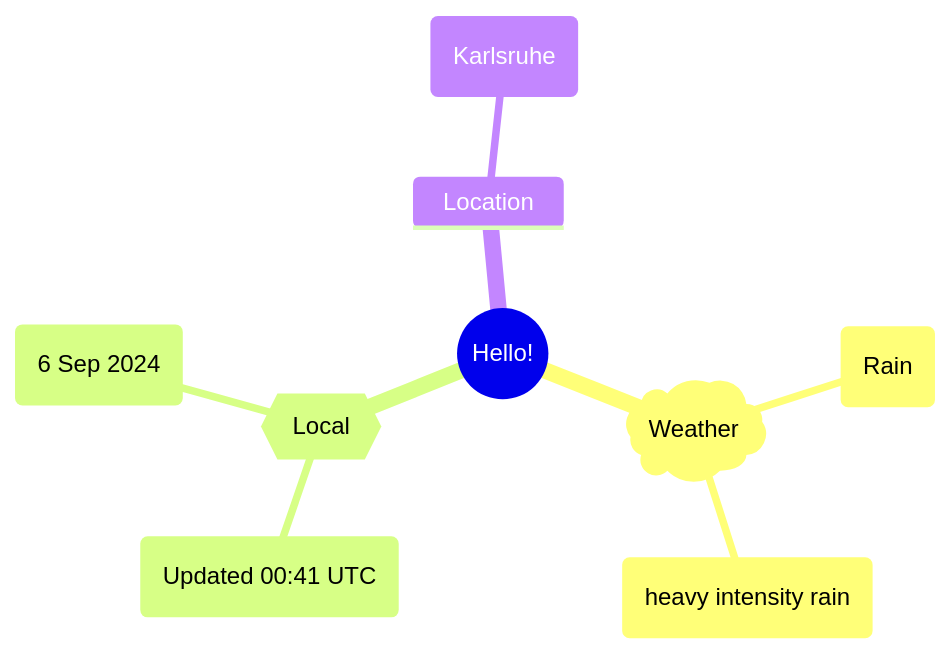
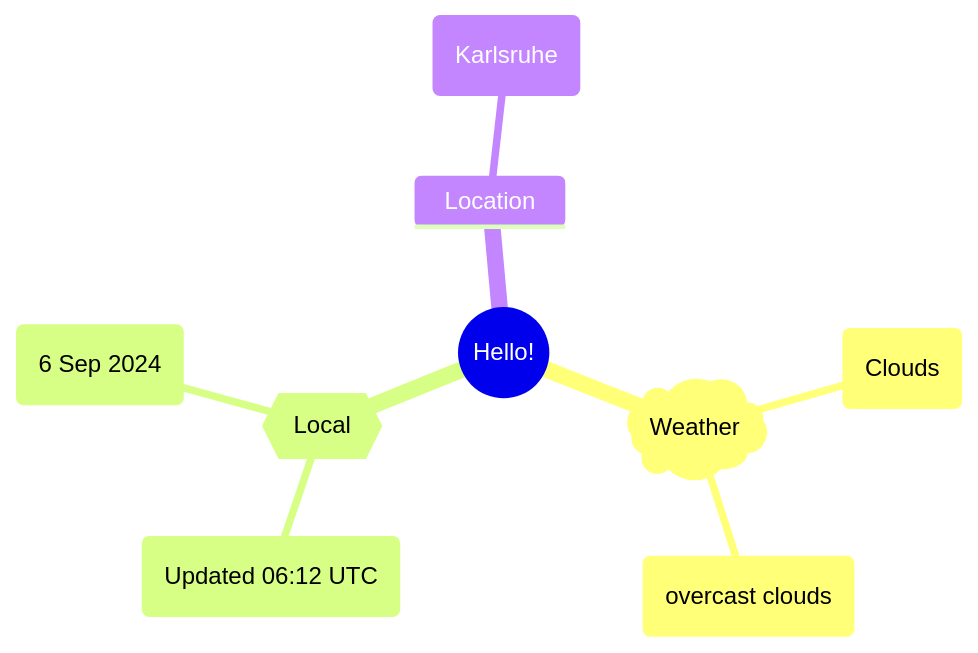
The first of 2 diagrams in README.md (Xosrov/Xosrov), drawn with Mermaid before and after one commit.

Commit message:
[bot] updated images

````diff
--- a/README.md
+++ b/README.md
@@ -3,12 +3,12 @@
 ```mermaid
 mindmap
   root((Hello!))
     )Weather(
-        (Rain)
-        (heavy intensity rain)
+        (Clouds)
+        (overcast clouds)
     {{Local}}
-        (Updated 00:41 UTC)
+        (Updated 06:12 UTC)
         (6 Sep 2024)
     Location
         (Karlsruhe)
 ```
````
